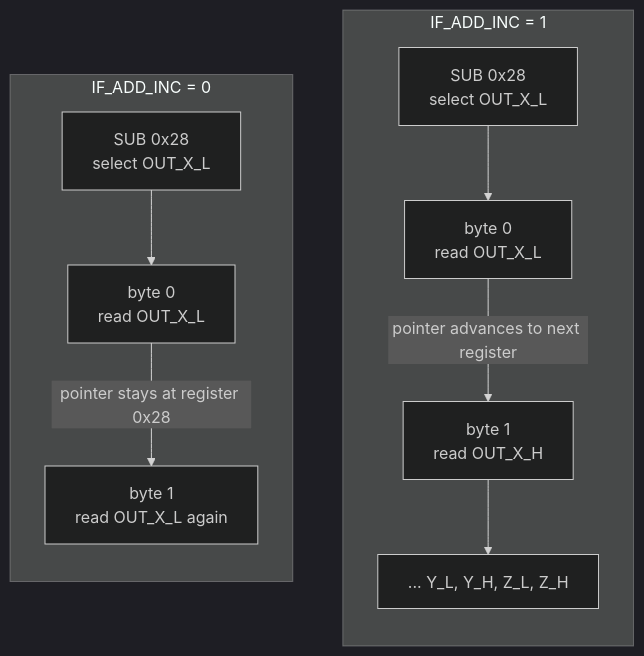
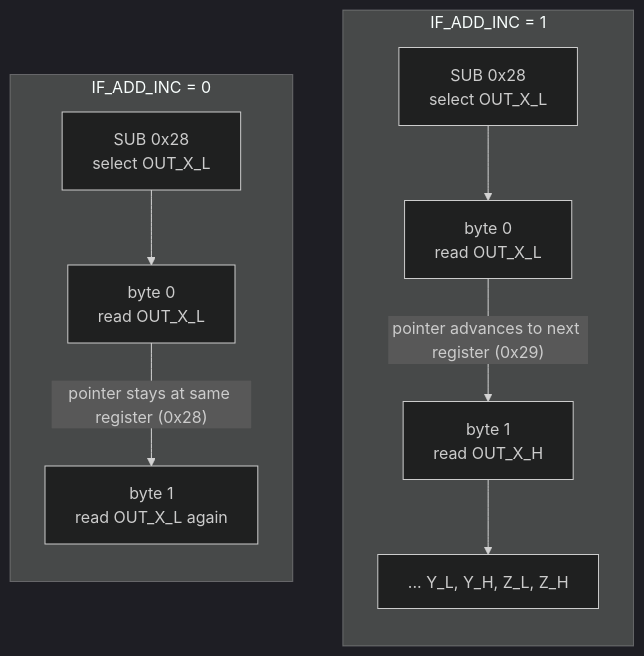
Before and after one commit to moschiel/renode-lis2dw12-tutorial: the diagram in README.md, drawn with Mermaid (dark theme). The commit also changed other lines of this file and 2 other files, not shown here.

Commit message:
tests update

````diff
--- a/README.md
+++ b/README.md
@@ -687,17 +687,17 @@
 ```mermaid
 flowchart LR
     subgraph disabled["IF_ADD_INC = 0"]
         direction TB
         D0["SUB 0x28<br/>select OUT_X_L"] --> D1["byte 0<br/>read OUT_X_L"]
-        D1 -->|"pointer stays at register 0x28"| D2["byte 1<br/>read OUT_X_L again"]
+        D1 -->|"pointer stays at same register (0x28)"| D2["byte 1<br/>read OUT_X_L again"]
     end
 
     subgraph enabled["IF_ADD_INC = 1"]
         direction TB
         E0["SUB 0x28<br/>select OUT_X_L"] --> E1["byte 0<br/>read OUT_X_L"]
-        E1 -->|"pointer advances to next register"| E2["byte 1<br/>read OUT_X_H"]
+        E1 -->|"pointer advances to next register (0x29)"| E2["byte 1<br/>read OUT_X_H"]
         E2 --> E3["... Y_L, Y_H, Z_L, Z_H"]
     end
 
     disabled ~~~ enabled
 ```
````
